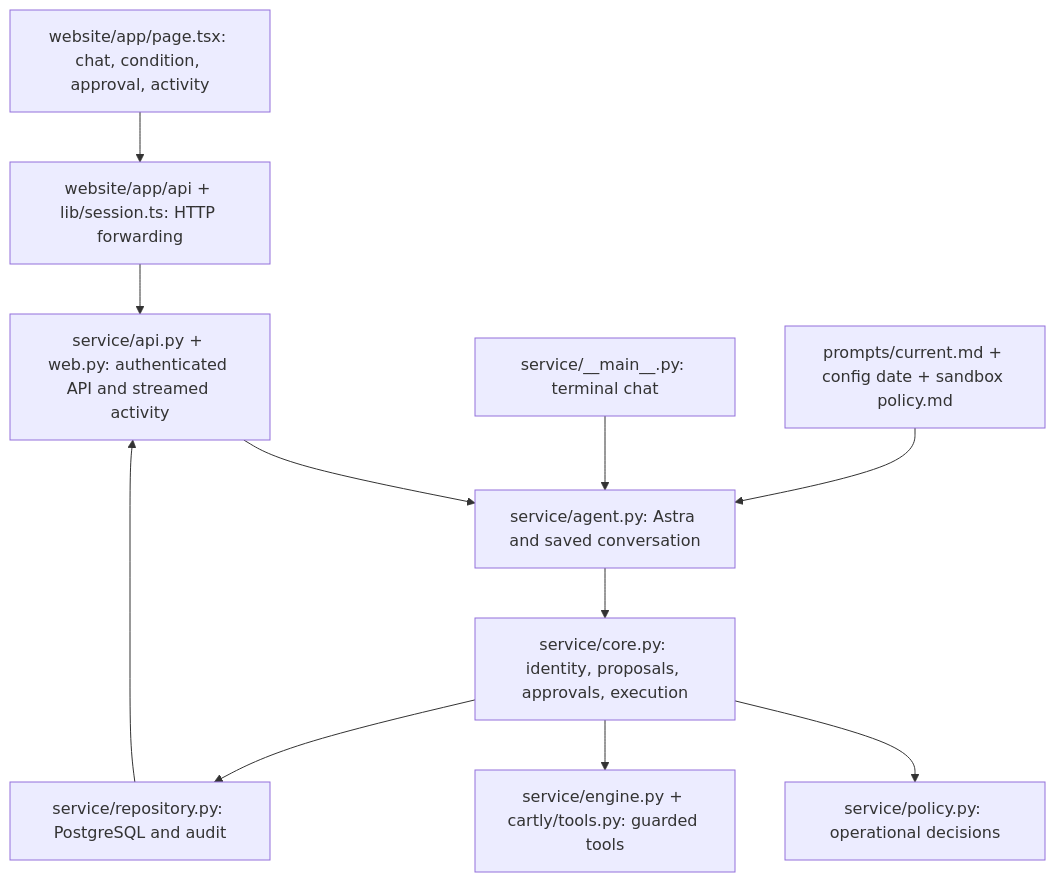
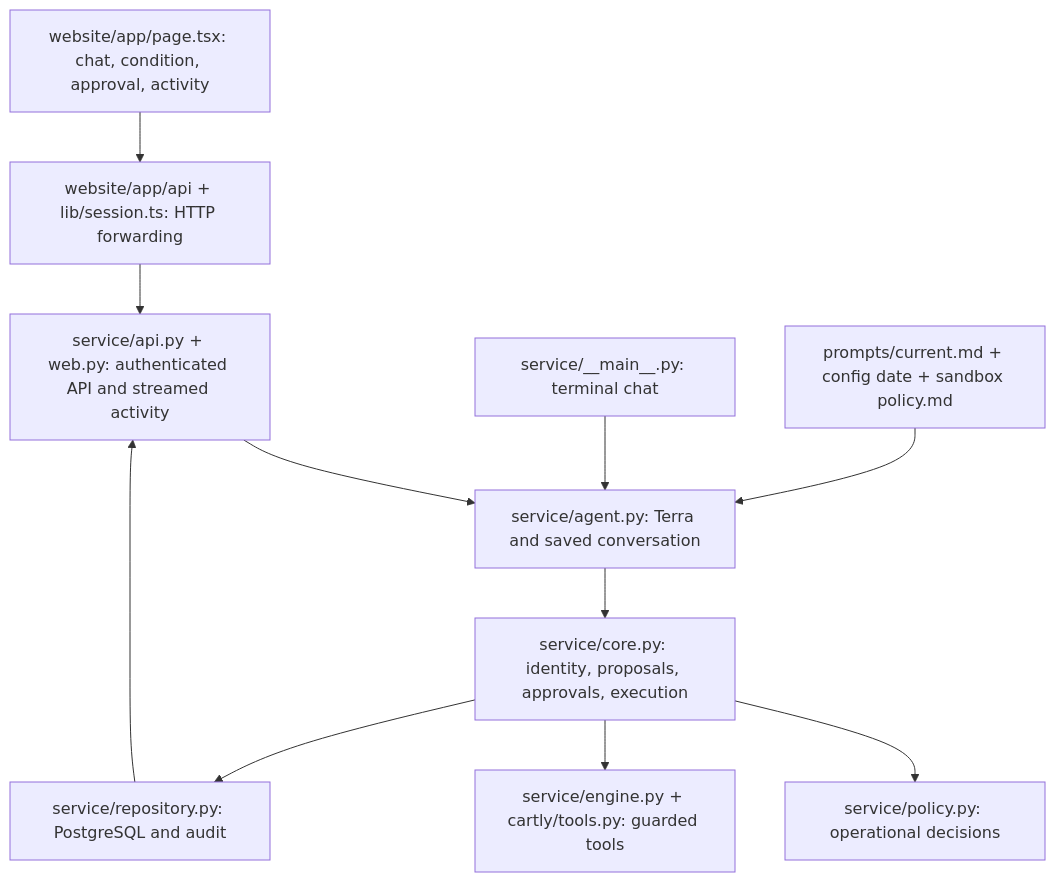
Before and after one commit to karanjain-dev/cartly-agent-studio: the diagram in README.md, drawn with Mermaid. The commit also changed other lines of this file and 318 other files, not shown here.

Commit message:
Switch Cartly agent to Terra and record 30-case evaluation

````diff
--- a/README.md
+++ b/README.md
@@ -40,13 +40,13 @@
 ```mermaid
 flowchart TD
   UI["website/app/page.tsx: chat, condition, approval, activity"] --> Proxy["website/app/api + lib/session.ts: HTTP forwarding"]
   Proxy --> API["service/api.py + web.py: authenticated API and streamed activity"]
   CLI["service/__main__.py: terminal chat"] --> Agent
-  API --> Agent["service/agent.py: Astra and saved conversation"]
+  API --> Agent["service/agent.py: Terra and saved conversation"]
   Prompt["prompts/current.md + config date + sandbox policy.md"] --> Agent
   Agent --> Core["service/core.py: identity, proposals, approvals, execution"]
   Core --> Rules["service/policy.py: operational decisions"]
   Core --> Engine["service/engine.py + cartly/tools.py: guarded tools"]
   Core --> DB["service/repository.py: PostgreSQL and audit"]
   DB --> API
 ```
````
